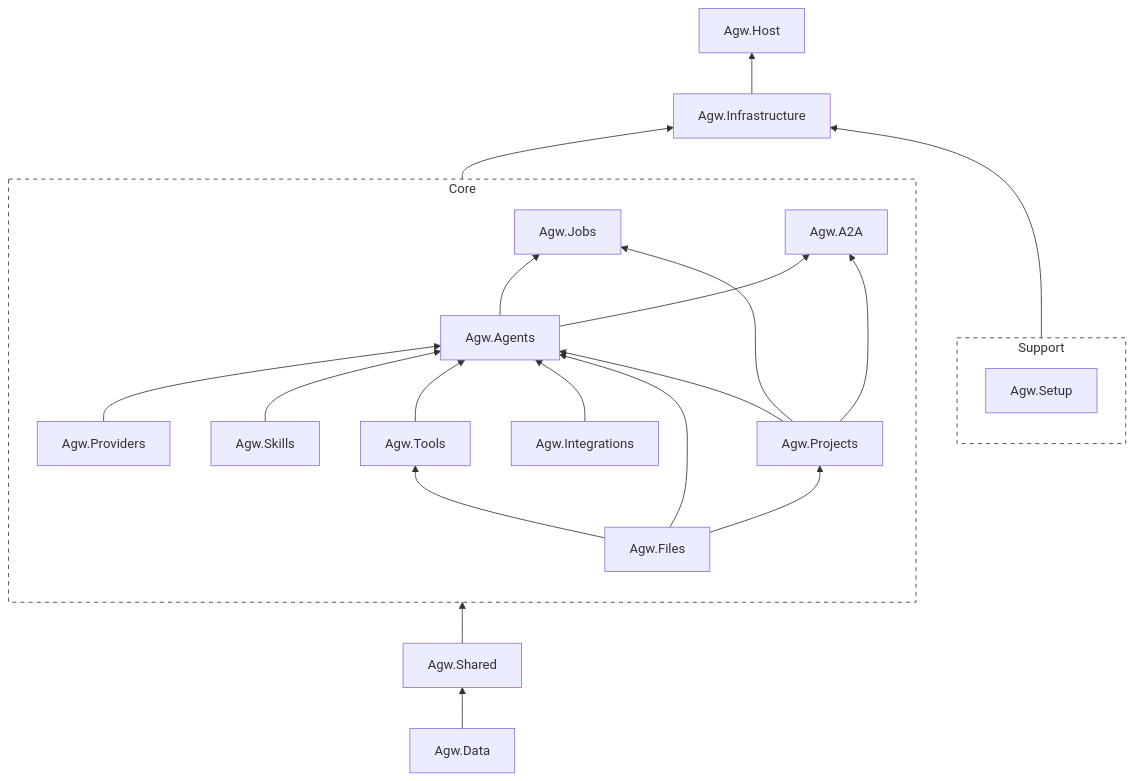
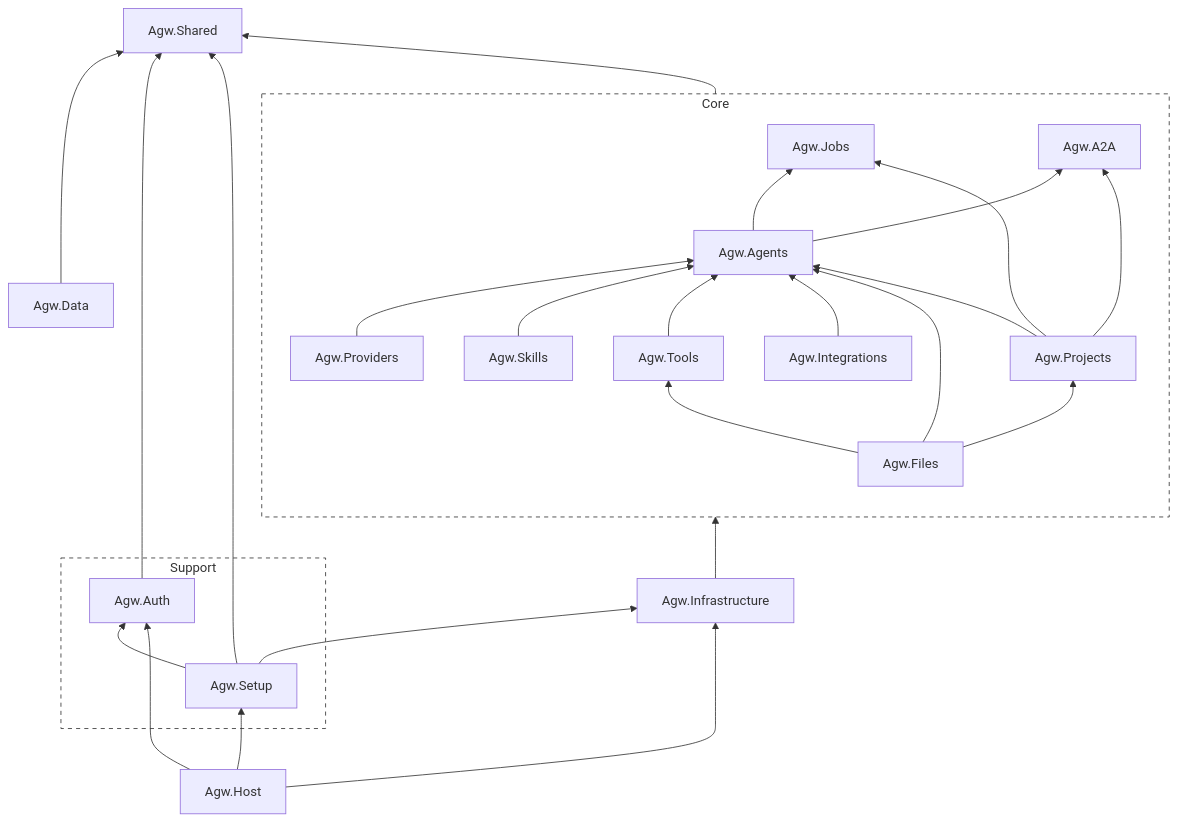
The diagram in README.md (zxyao145/agw), drawn with Mermaid before and after one commit. The commit also changed 55 other files, not shown here.

````diff
--- a/README.md
+++ b/README.md
@@ -176,56 +176,61 @@
 ```mermaid
 flowchart BT
     Agw.Host
     Agw.Infrastructure
 
     subgraph Core
         direction BT
         Agw.Jobs
         Agw.A2A
         Agw.Agents
         Agw.Providers
         Agw.Skills
         Agw.Tools
         Agw.Files
         Agw.Integrations
         Agw.Projects
 
         %% Relationships
         Agw.Agents --> Agw.Jobs
         Agw.Agents --> Agw.A2A
 
 
         Agw.Providers --> Agw.Agents
         Agw.Skills --> Agw.Agents
         Agw.Tools --> Agw.Agents
         Agw.Integrations --> Agw.Agents
         Agw.Files --> Agw.Agents
 
 
         Agw.Projects --> Agw.Agents
         Agw.Projects --> Agw.Jobs
         Agw.Projects --> Agw.A2A
         Agw.Files --> Agw.Projects
         Agw.Files --> Agw.Tools
 
     end
 
     subgraph Support
+        Agw.Auth[Agw.Auth]
         Agw.Setup[Agw.Setup]
     end
 
     Agw.Shared 
 
     Agw.Data --> Agw.Shared
-    Agw.Shared --> Core
+    Agw.Auth --> Agw.Shared
+    Agw.Setup --> Agw.Auth
+    Agw.Setup --> Agw.Infrastructure
+    Agw.Setup --> Agw.Shared
+    Core --> Agw.Shared
 
-    Core --> Agw.Infrastructure
-    Support --> Agw.Infrastructure
-
-    Agw.Infrastructure --> Agw.Host
+    Agw.Infrastructure --> Core
+    Agw.Host --> Agw.Auth
+    Agw.Host --> Agw.Setup
+    Agw.Host --> Agw.Infrastructure
 
 
     %% styles
     style Core fill:none,stroke:#333,stroke-dasharray: 5 5
     style Support fill:none,stroke:#333,stroke-dasharray: 5 5
 ```
````
